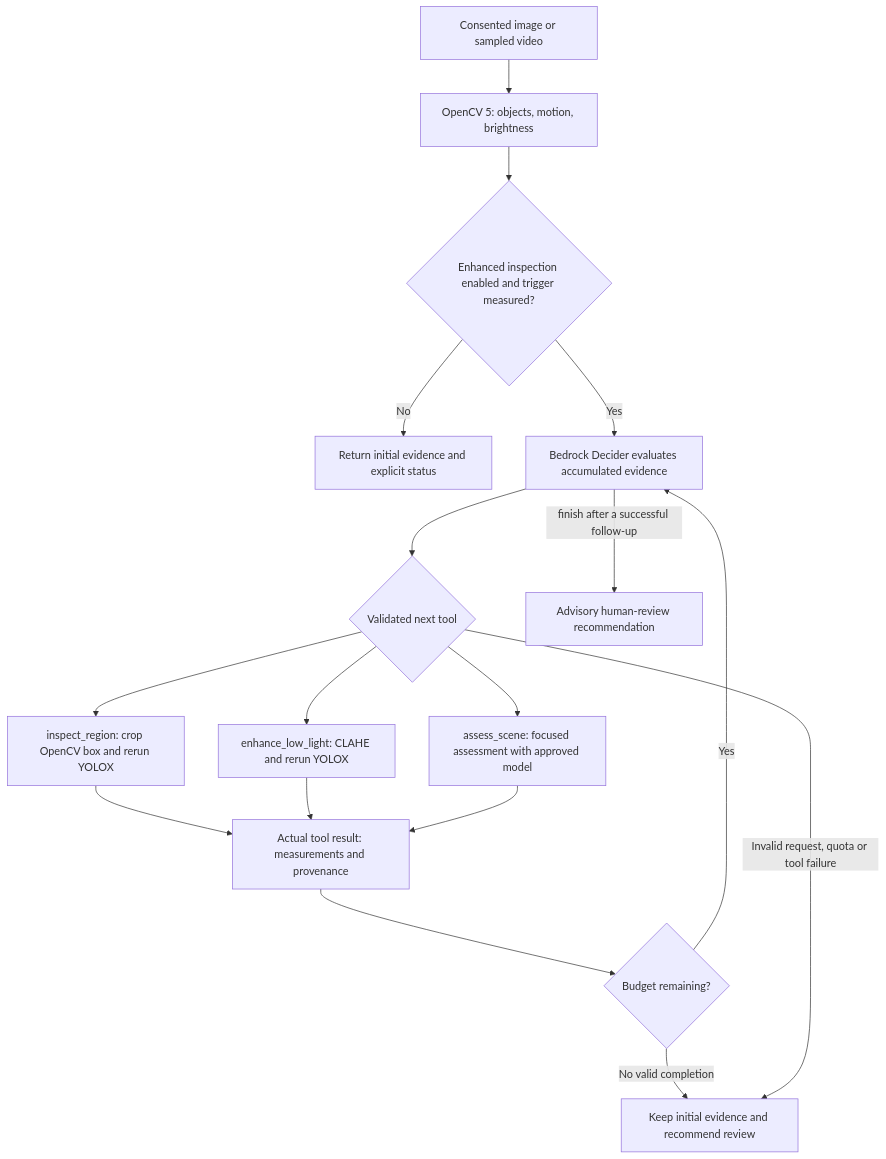
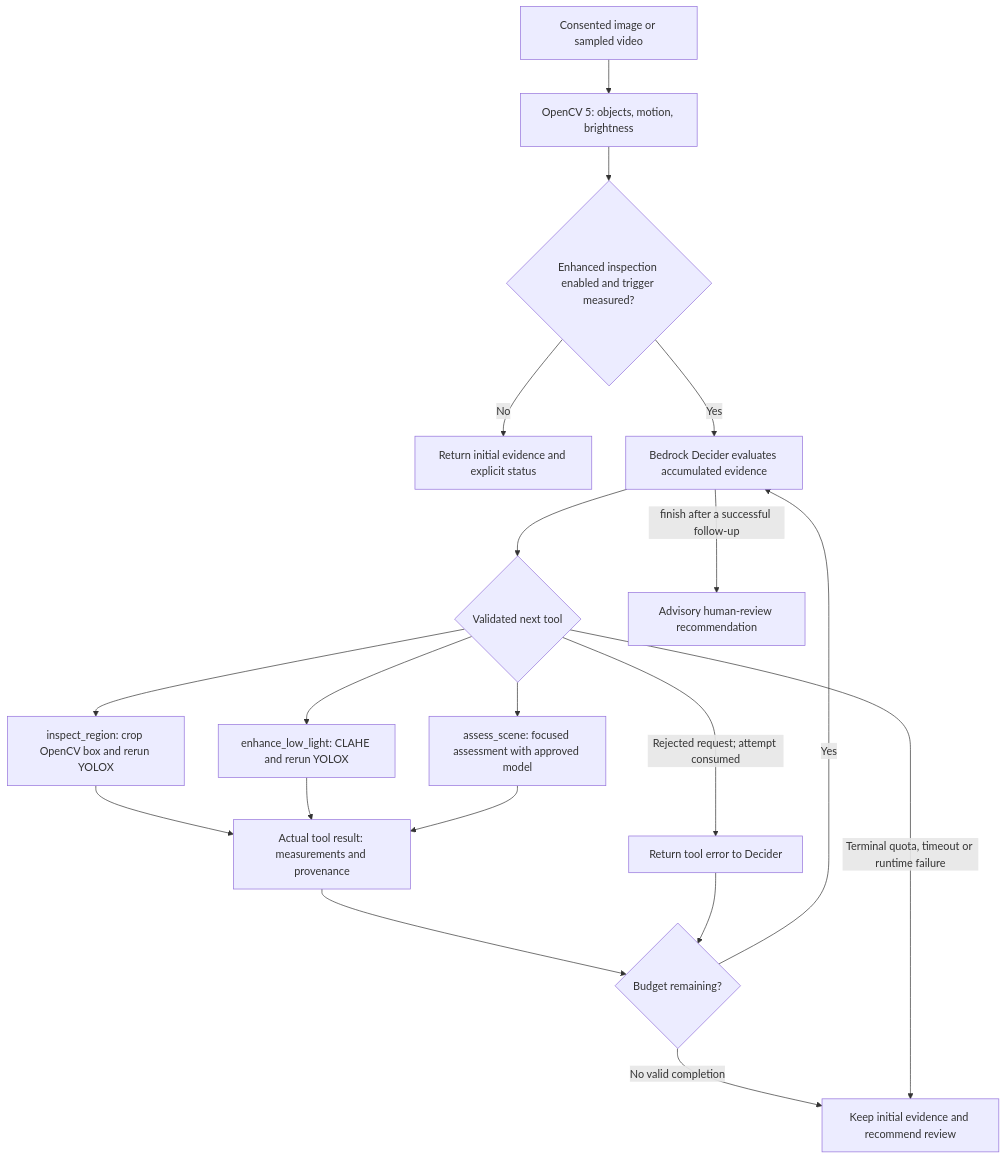
One commit to techcto/autovision changed the first of 2 diagrams in docs/JUDGES_FIELD_GUIDE.md. Above: the diagram before and after it, drawn with Mermaid. The commit also changed other lines of this file and 2 other files, not shown here.

````diff
--- a/docs/JUDGES_FIELD_GUIDE.md
+++ b/docs/JUDGES_FIELD_GUIDE.md
@@ -71,19 +95,21 @@
 ```mermaid
 flowchart TD
     I[Consented image or sampled video] --> P[OpenCV 5: objects, motion, brightness]
     P --> G{Enhanced inspection enabled and trigger measured?}
     G -->|No| R[Return initial evidence and explicit status]
     G -->|Yes| D[Bedrock Decider evaluates accumulated evidence]
     D --> T{Validated next tool}
     T --> C[inspect_region: crop OpenCV box and rerun YOLOX]
     T --> L[enhance_low_light: CLAHE and rerun YOLOX]
     T --> S[assess_scene: focused assessment with approved model]
     C --> E[Actual tool result: measurements and provenance]
     L --> E
     S --> E
     E --> B{Budget remaining?}
     B -->|Yes| D
     D -->|finish after a successful follow-up| H[Advisory human-review recommendation]
     B -->|No valid completion| F[Keep initial evidence and recommend review]
-    T -->|Invalid request, quota or tool failure| F
+    T -->|Rejected request; attempt consumed| X[Return tool error to Decider]
+    X --> B
+    T -->|Terminal quota, timeout or runtime failure| F
 ```
````
